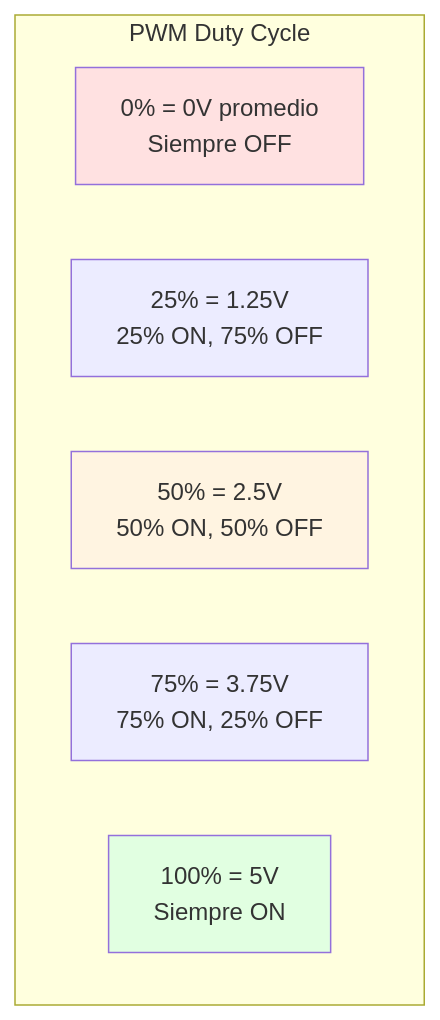
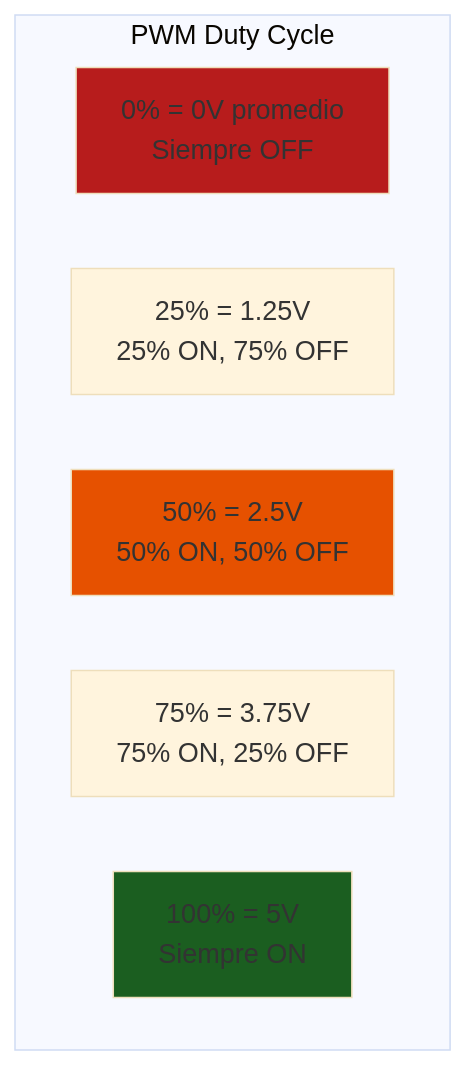
The seventh of 16 diagrams in courses/🟡-development/FPUNA-2026/02-ELECTRONICA-AUTOMATIZACION/03-desarrollo-firmware.md (Ai-Whisperers/Courses-Content), drawn with Mermaid before and after one commit. The commit also changed other lines of this file and 47 other files, not shown here.

First line of the commit message:
fix: Make all 473 diagrams WCAG AAA accessible (FPUNA-2026)

````diff
--- a/courses/🟡-development/FPUNA-2026/02-ELECTRONICA-AUTOMATIZACION/03-desarrollo-firmware.md
+++ b/courses/🟡-development/FPUNA-2026/02-ELECTRONICA-AUTOMATIZACION/03-desarrollo-firmware.md
@@ -345,14 +351,15 @@
 ```mermaid
+%%{init: {'theme':'base', 'themeVariables': {'fontSize':'18px'}}}%%
 graph TD
     subgraph "PWM Duty Cycle"
         A[0% = 0V promedio<br/>Siempre OFF]
         B[25% = 1.25V<br/>25% ON, 75% OFF]
         C[50% = 2.5V<br/>50% ON, 50% OFF]
         D[75% = 3.75V<br/>75% ON, 25% OFF]
         E[100% = 5V<br/>Siempre ON]
     end
     
-    style A fill:#FFE1E1
-    style C fill:#FFF4E1
-    style E fill:#E1FFE1
+    style A fill:#b71c1c
+    style C fill:#e65100
+    style E fill:#1b5e20
 ```
````
